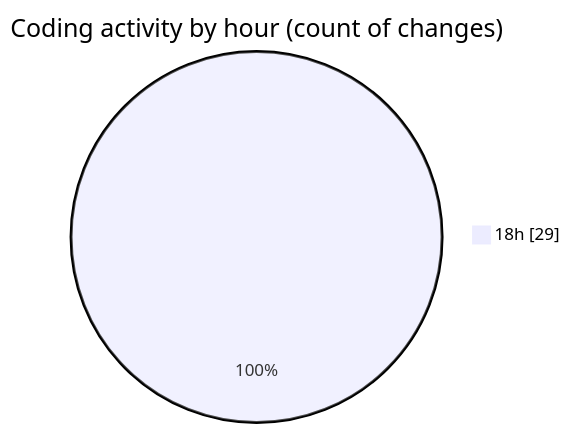
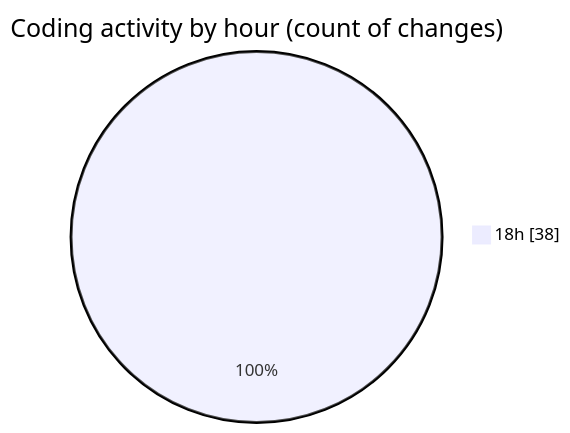
One commit to Netris89/code-tracking changed the second of 2 diagrams in 2025-04-02/back-end/README.md. Above: the diagram before and after it, drawn with Mermaid. The commit also changed other lines of this file and 1 other file, not shown here.

````diff
--- a/2025-04-02/back-end/README.md
+++ b/2025-04-02/back-end/README.md
@@ -28,5 +28,5 @@
 ```mermaid
 pie showData
 title Coding activity by hour (count of changes)
-"18h" : 29
+"18h" : 38
 ```
````
